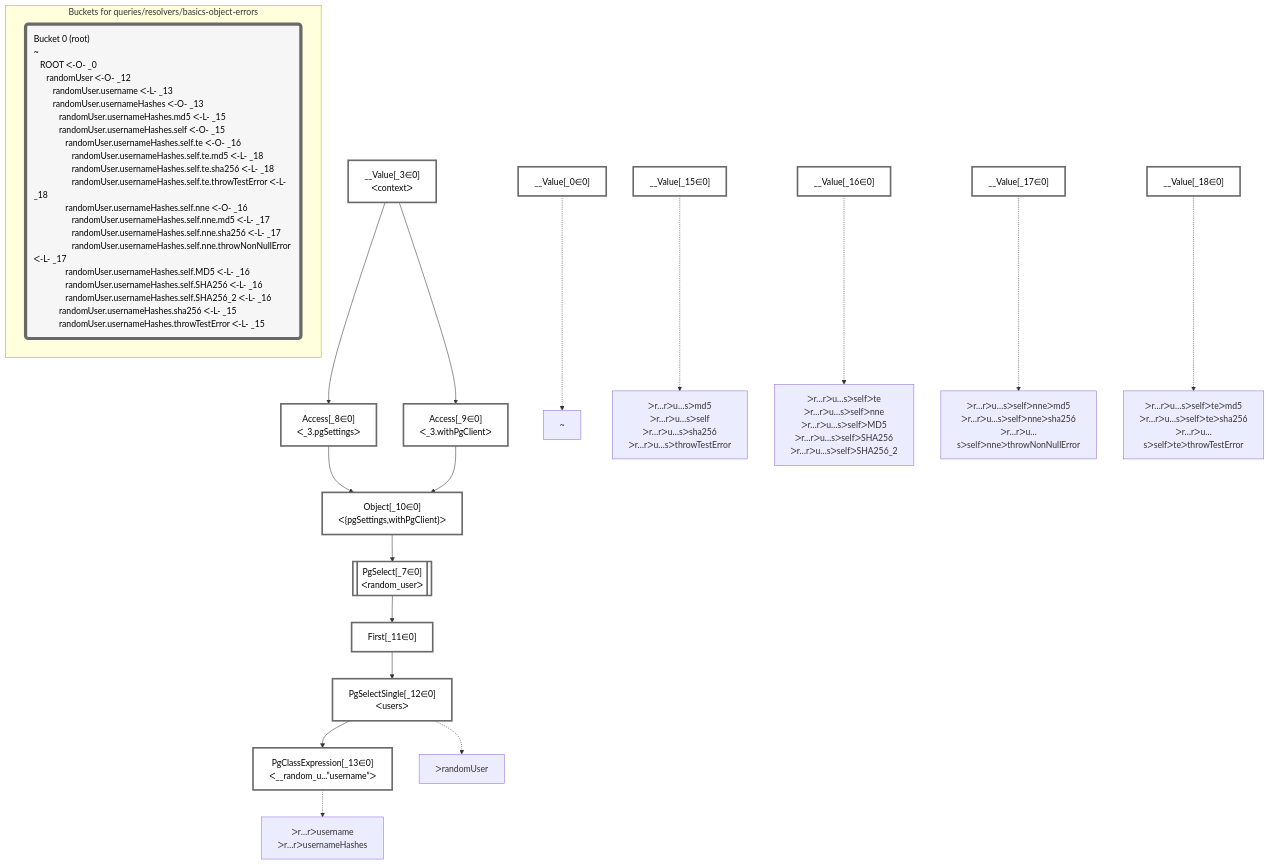
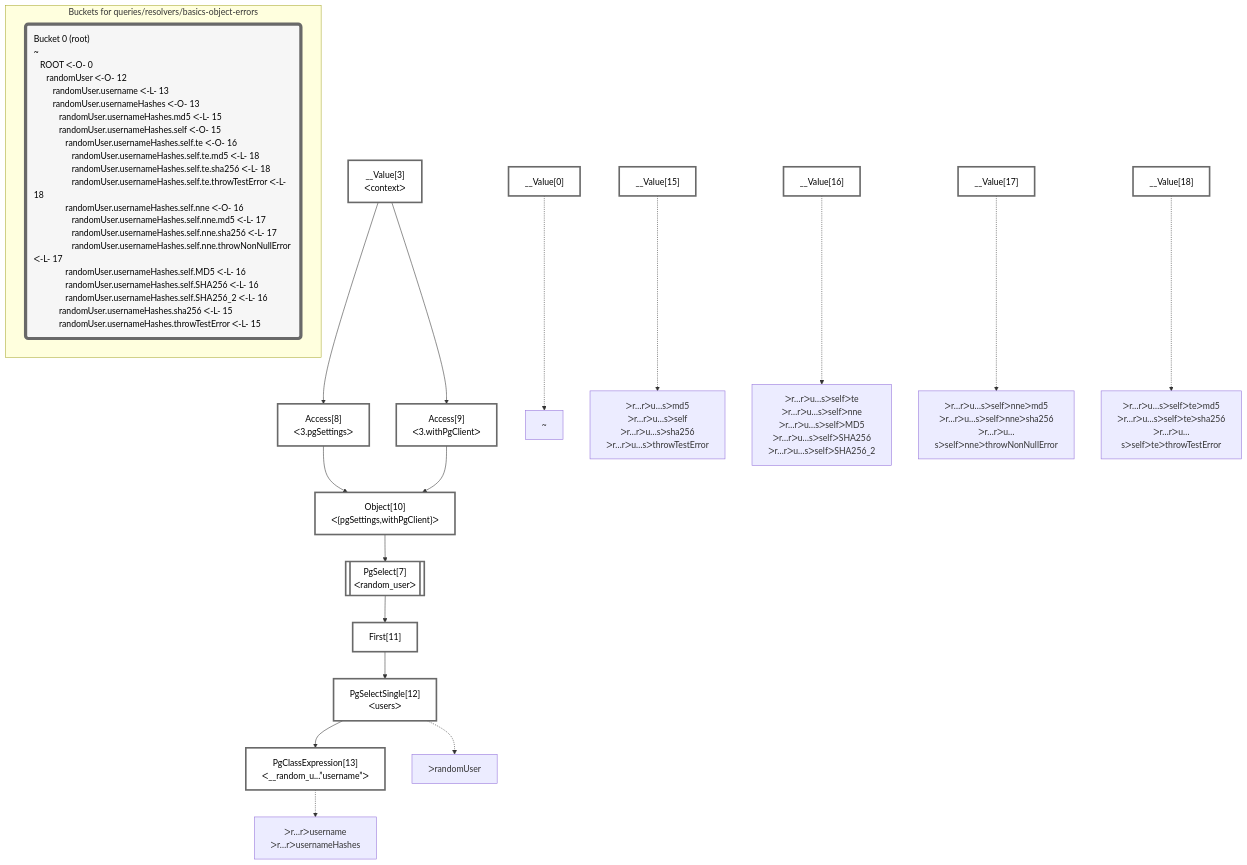
The diagram in packages/dataplan-pg/__tests__/queries/resolvers/basics-object-errors.deopt.mermaid.md (graphile/crystal), drawn with Mermaid before and after one commit. The commit also changed 195 other files, not shown here.

````diff
--- a/packages/dataplan-pg/__tests__/queries/resolvers/basics-object-errors.deopt.mermaid.md
+++ b/packages/dataplan-pg/__tests__/queries/resolvers/basics-object-errors.deopt.mermaid.md
@@ -1,55 +1,55 @@
 ```mermaid
 graph TD
     classDef path fill:#eee,stroke:#000,color:#000
     classDef plan fill:#fff,stroke-width:3px,color:#000
     classDef itemplan fill:#fff,stroke-width:6px,color:#000
     classDef sideeffectplan fill:#f00,stroke-width:6px,color:#000
     classDef bucket fill:#f6f6f6,color:#000,stroke-width:6px,text-align:left
 
 
     %% define plans
-    __Value_0["__Value[_0∈0]"]:::plan
-    PgClassExpression_13["PgClassExpression[_13∈0]<br />ᐸ__random_u...”username”ᐳ"]:::plan
-    PgSelectSingle_12["PgSelectSingle[_12∈0]<br />ᐸusersᐳ"]:::plan
-    First_11["First[_11∈0]"]:::plan
-    PgSelect_7[["PgSelect[_7∈0]<br />ᐸrandom_userᐳ"]]:::plan
-    Object_10["Object[_10∈0]<br />ᐸ{pgSettings,withPgClient}ᐳ"]:::plan
-    Access_8["Access[_8∈0]<br />ᐸ_3.pgSettingsᐳ"]:::plan
-    Access_9["Access[_9∈0]<br />ᐸ_3.withPgClientᐳ"]:::plan
-    __Value_3["__Value[_3∈0]<br />ᐸcontextᐳ"]:::plan
-    __Value_15["__Value[_15∈0]"]:::plan
-    __Value_16["__Value[_16∈0]"]:::plan
-    __Value_17["__Value[_17∈0]"]:::plan
-    __Value_18["__Value[_18∈0]"]:::plan
+    __Value0["__Value[0]"]:::plan
+    PgClassExpression13["PgClassExpression[13]<br />ᐸ__random_u...”username”ᐳ"]:::plan
+    PgSelectSingle12["PgSelectSingle[12]<br />ᐸusersᐳ"]:::plan
+    First11["First[11]"]:::plan
+    PgSelect7[["PgSelect[7]<br />ᐸrandom_userᐳ"]]:::plan
+    Object10["Object[10]<br />ᐸ{pgSettings,withPgClient}ᐳ"]:::plan
+    Access8["Access[8]<br />ᐸ3.pgSettingsᐳ"]:::plan
+    Access9["Access[9]<br />ᐸ3.withPgClientᐳ"]:::plan
+    __Value3["__Value[3]<br />ᐸcontextᐳ"]:::plan
+    __Value15["__Value[15]"]:::plan
+    __Value16["__Value[16]"]:::plan
+    __Value17["__Value[17]"]:::plan
+    __Value18["__Value[18]"]:::plan
 
     %% plan dependencies
-    PgSelectSingle_12 --> PgClassExpression_13
-    First_11 --> PgSelectSingle_12
-    PgSelect_7 --> First_11
-    Object_10 --> PgSelect_7
-    Access_8 & Access_9 --> Object_10
-    __Value_3 --> Access_8
-    __Value_3 --> Access_9
+    PgSelectSingle12 --> PgClassExpression13
+    First11 --> PgSelectSingle12
+    PgSelect7 --> First11
+    Object10 --> PgSelect7
+    Access8 & Access9 --> Object10
+    __Value3 --> Access8
+    __Value3 --> Access9
 
     %% plan-to-path relationships
-    P_0["~"]
-    __Value_0 -.-> P_0
-    P_12["ᐳrandomUser"]
-    PgSelectSingle_12 -.-> P_12
-    P_13["ᐳr…rᐳusername<br />ᐳr…rᐳusernameHashes"]
-    PgClassExpression_13 -.-> P_13
-    P_15["ᐳr…rᐳu…sᐳmd5<br />ᐳr…rᐳu…sᐳself<br />ᐳr…rᐳu…sᐳsha256<br />ᐳr…rᐳu…sᐳthrowTestError"]
-    __Value_15 -.-> P_15
-    P_16["ᐳr…rᐳu…sᐳselfᐳte<br />ᐳr…rᐳu…sᐳselfᐳnne<br />ᐳr…rᐳu…sᐳselfᐳMD5<br />ᐳr…rᐳu…sᐳselfᐳSHA256<br />ᐳr…rᐳu…sᐳselfᐳSHA256_2"]
-    __Value_16 -.-> P_16
-    P_17["ᐳr…rᐳu…sᐳselfᐳnneᐳmd5<br />ᐳr…rᐳu…sᐳselfᐳnneᐳsha256<br />ᐳr…rᐳu…sᐳselfᐳnneᐳthrowNonNullError"]
-    __Value_17 -.-> P_17
-    P_18["ᐳr…rᐳu…sᐳselfᐳteᐳmd5<br />ᐳr…rᐳu…sᐳselfᐳteᐳsha256<br />ᐳr…rᐳu…sᐳselfᐳteᐳthrowTestError"]
-    __Value_18 -.-> P_18
+    P0["~"]
+    __Value0 -.-> P0
+    P12["ᐳrandomUser"]
+    PgSelectSingle12 -.-> P12
+    P13["ᐳr…rᐳusername<br />ᐳr…rᐳusernameHashes"]
+    PgClassExpression13 -.-> P13
+    P15["ᐳr…rᐳu…sᐳmd5<br />ᐳr…rᐳu…sᐳself<br />ᐳr…rᐳu…sᐳsha256<br />ᐳr…rᐳu…sᐳthrowTestError"]
+    __Value15 -.-> P15
+    P16["ᐳr…rᐳu…sᐳselfᐳte<br />ᐳr…rᐳu…sᐳselfᐳnne<br />ᐳr…rᐳu…sᐳselfᐳMD5<br />ᐳr…rᐳu…sᐳselfᐳSHA256<br />ᐳr…rᐳu…sᐳselfᐳSHA256_2"]
+    __Value16 -.-> P16
+    P17["ᐳr…rᐳu…sᐳselfᐳnneᐳmd5<br />ᐳr…rᐳu…sᐳselfᐳnneᐳsha256<br />ᐳr…rᐳu…sᐳselfᐳnneᐳthrowNonNullError"]
+    __Value17 -.-> P17
+    P18["ᐳr…rᐳu…sᐳselfᐳteᐳmd5<br />ᐳr…rᐳu…sᐳselfᐳteᐳsha256<br />ᐳr…rᐳu…sᐳselfᐳteᐳthrowTestError"]
+    __Value18 -.-> P18
 
     subgraph "Buckets for queries/resolvers/basics-object-errors"
-    Bucket0("Bucket 0 (root)<br />~<br />⠀ROOT ᐸ-O- _0<br />⠀⠀randomUser ᐸ-O- _12<br />⠀⠀⠀randomUser.username ᐸ-L- _13<br />⠀⠀⠀randomUser.usernameHashes ᐸ-O- _13<br />⠀⠀⠀⠀randomUser.usernameHashes.md5 ᐸ-L- _15<br />⠀⠀⠀⠀randomUser.usernameHashes.self ᐸ-O- _15<br />⠀⠀⠀⠀⠀randomUser.usernameHashes.self.te ᐸ-O- _16<br />⠀⠀⠀⠀⠀⠀randomUser.usernameHashes.self.te.md5 ᐸ-L- _18<br />⠀⠀⠀⠀⠀⠀randomUser.usernameHashes.self.te.sha256 ᐸ-L- _18<br />⠀⠀⠀⠀⠀⠀randomUser.usernameHashes.self.te.throwTestError ᐸ-L- _18<br />⠀⠀⠀⠀⠀randomUser.usernameHashes.self.nne ᐸ-O- _16<br />⠀⠀⠀⠀⠀⠀randomUser.usernameHashes.self.nne.md5 ᐸ-L- _17<br />⠀⠀⠀⠀⠀⠀randomUser.usernameHashes.self.nne.sha256 ᐸ-L- _17<br />⠀⠀⠀⠀⠀⠀randomUser.usernameHashes.self.nne.throwNonNullError ᐸ-L- _17<br />⠀⠀⠀⠀⠀randomUser.usernameHashes.self.MD5 ᐸ-L- _16<br />⠀⠀⠀⠀⠀randomUser.usernameHashes.self.SHA256 ᐸ-L- _16<br />⠀⠀⠀⠀⠀randomUser.usernameHashes.self.SHA256_2 ᐸ-L- _16<br />⠀⠀⠀⠀randomUser.usernameHashes.sha256 ᐸ-L- _15<br />⠀⠀⠀⠀randomUser.usernameHashes.throwTestError ᐸ-L- _15"):::bucket
+    Bucket0("Bucket 0 (root)<br />~<br />⠀ROOT ᐸ-O- 0<br />⠀⠀randomUser ᐸ-O- 12<br />⠀⠀⠀randomUser.username ᐸ-L- 13<br />⠀⠀⠀randomUser.usernameHashes ᐸ-O- 13<br />⠀⠀⠀⠀randomUser.usernameHashes.md5 ᐸ-L- 15<br />⠀⠀⠀⠀randomUser.usernameHashes.self ᐸ-O- 15<br />⠀⠀⠀⠀⠀randomUser.usernameHashes.self.te ᐸ-O- 16<br />⠀⠀⠀⠀⠀⠀randomUser.usernameHashes.self.te.md5 ᐸ-L- 18<br />⠀⠀⠀⠀⠀⠀randomUser.usernameHashes.self.te.sha256 ᐸ-L- 18<br />⠀⠀⠀⠀⠀⠀randomUser.usernameHashes.self.te.throwTestError ᐸ-L- 18<br />⠀⠀⠀⠀⠀randomUser.usernameHashes.self.nne ᐸ-O- 16<br />⠀⠀⠀⠀⠀⠀randomUser.usernameHashes.self.nne.md5 ᐸ-L- 17<br />⠀⠀⠀⠀⠀⠀randomUser.usernameHashes.self.nne.sha256 ᐸ-L- 17<br />⠀⠀⠀⠀⠀⠀randomUser.usernameHashes.self.nne.throwNonNullError ᐸ-L- 17<br />⠀⠀⠀⠀⠀randomUser.usernameHashes.self.MD5 ᐸ-L- 16<br />⠀⠀⠀⠀⠀randomUser.usernameHashes.self.SHA256 ᐸ-L- 16<br />⠀⠀⠀⠀⠀randomUser.usernameHashes.self.SHA256_2 ᐸ-L- 16<br />⠀⠀⠀⠀randomUser.usernameHashes.sha256 ᐸ-L- 15<br />⠀⠀⠀⠀randomUser.usernameHashes.throwTestError ᐸ-L- 15"):::bucket
     classDef bucket0 stroke:#696969
-    class Bucket0,__Value_0,__Value_3,PgSelect_7,Access_8,Access_9,Object_10,First_11,PgSelectSingle_12,PgClassExpression_13,__Value_15,__Value_16,__Value_17,__Value_18 bucket0
+    class Bucket0,__Value0,__Value3,PgSelect7,Access8,Access9,Object10,First11,PgSelectSingle12,PgClassExpression13,__Value15,__Value16,__Value17,__Value18 bucket0
     end
 ```
````
